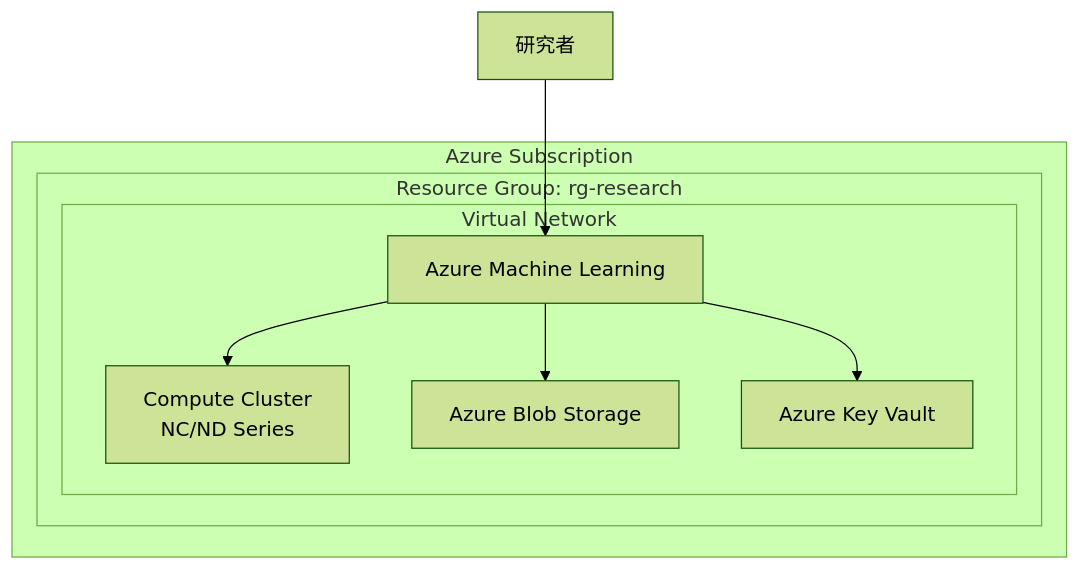
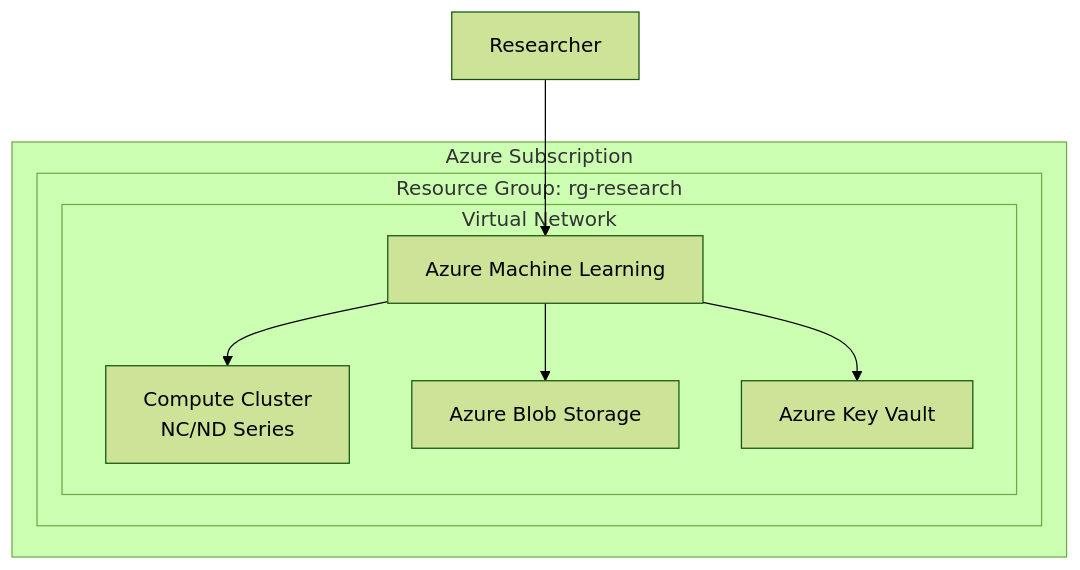
Before and after one commit to nahisaho/spread1000-builder: the first of 2 diagrams in src/skills/spread1000-azure-architect/assets/architecture-template.md, drawn with Mermaid (forest theme). The commit also changed other lines of this file and 31 other files, not shown here.

````diff
--- a/src/skills/spread1000-azure-architect/assets/architecture-template.md
+++ b/src/skills/spread1000-azure-architect/assets/architecture-template.md
@@ -13,18 +13,18 @@
 ```mermaid
 graph TB
     subgraph "Azure Subscription"
         subgraph "Resource Group: rg-research"
             subgraph "Virtual Network"
                 AML[Azure Machine Learning]
                 Compute[Compute Cluster<br/>NC/ND Series]
                 Storage[Azure Blob Storage]
                 KV[Azure Key Vault]
             end
         end
     end
     
-    Researcher[研究者] --> AML
+    Researcher[Researcher] --> AML
     AML --> Compute
     AML --> Storage
     AML --> KV
 ```
````
